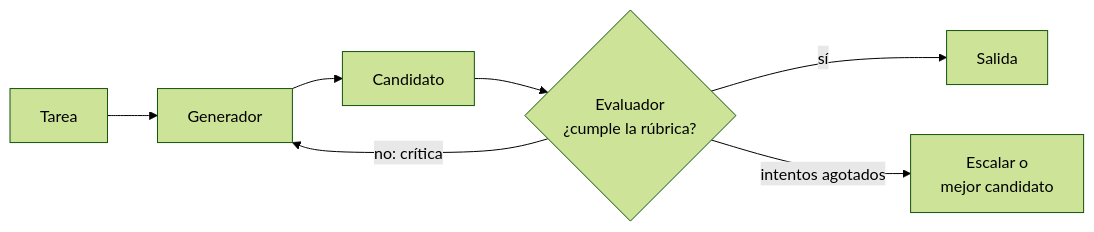
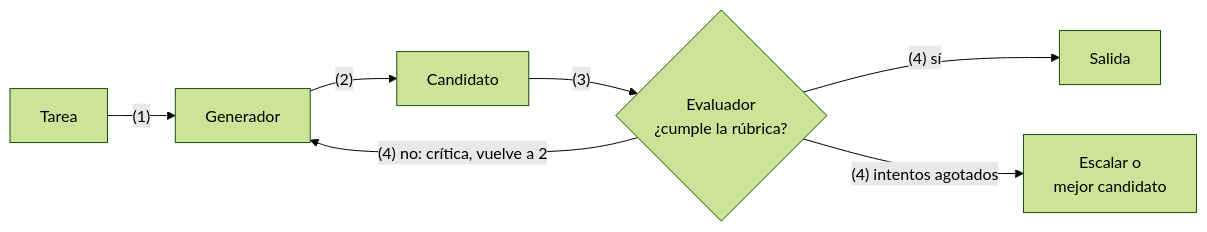
Before and after one commit to whinedo/ai-docs: the sixth of 47 diagrams in md/Patrones aplicados al desarrollo de agentes.md, drawn with Mermaid (forest theme). The commit also changed other lines of this file and 12 other files, not shown here.

````diff
--- a/md/Patrones aplicados al desarrollo de agentes.md
+++ b/md/Patrones aplicados al desarrollo de agentes.md
@@ -228,9 +326,9 @@
 ```mermaid
 flowchart LR
-  IN["Tarea"] --> GEN["Generador"]
-  GEN --> C["Candidato"]
-  C --> EV{"Evaluador<br/>¿cumple la rúbrica?"}
-  EV -- "no: crítica" --> GEN
-  EV -- "sí" --> OUT["Salida"]
-  EV -- "intentos agotados" --> ESC["Escalar o<br/>mejor candidato"]
+  IN["Tarea"] -- "(1)" --> GEN["Generador"]
+  GEN -- "(2)" --> C["Candidato"]
+  C -- "(3)" --> EV{"Evaluador<br/>¿cumple la rúbrica?"}
+  EV -- "(4) no: crítica, vuelve a 2" --> GEN
+  EV -- "(4) sí" --> OUT["Salida"]
+  EV -- "(4) intentos agotados" --> ESC["Escalar o<br/>mejor candidato"]
 ```
````
